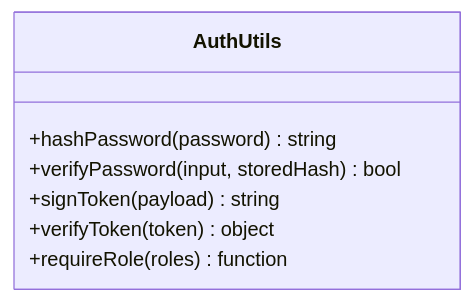
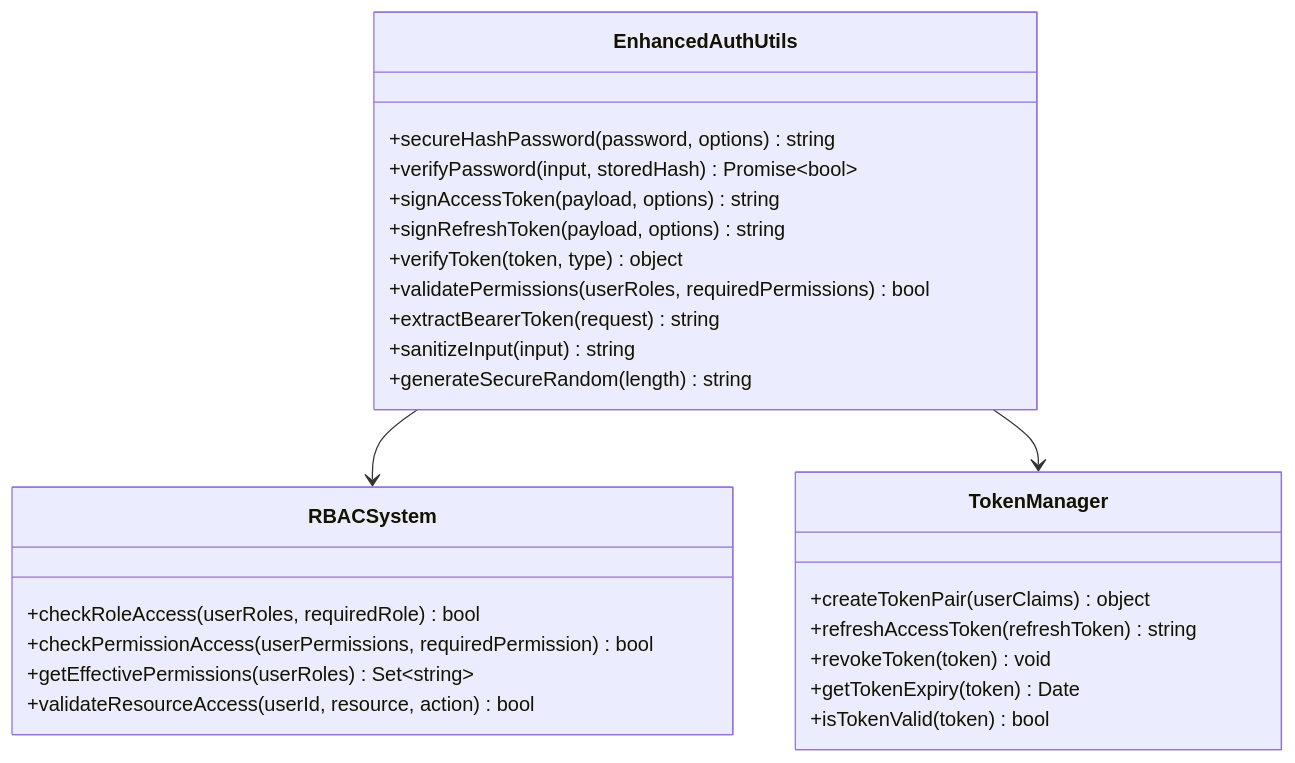
One commit to HassanAmeer/cheaprouter changed the third of 9 diagrams in .qoder/repowiki/en/content/Backend Architecture/Authentication & Authorization.md. Above: the diagram before and after it, drawn with Mermaid. The commit also changed other lines of this file and 54 other files, not shown here.

````diff
--- a/.qoder/repowiki/en/content/Backend Architecture/Authentication & Authorization.md
+++ b/.qoder/repowiki/en/content/Backend Architecture/Authentication & Authorization.md
@@ -160,10 +267,29 @@
 ```mermaid
 classDiagram
-class AuthUtils {
-+hashPassword(password) string
-+verifyPassword(input, storedHash) bool
-+signToken(payload) string
-+verifyToken(token) object
-+requireRole(roles) function
+class EnhancedAuthUtils {
++secureHashPassword(password, options) string
++verifyPassword(input, storedHash) Promise~bool~
++signAccessToken(payload, options) string
++signRefreshToken(payload, options) string
++verifyToken(token, type) object
++validatePermissions(userRoles, requiredPermissions) bool
++extractBearerToken(request) string
++sanitizeInput(input) string
++generateSecureRandom(length) string
 }
+class RBACSystem {
++checkRoleAccess(userRoles, requiredRole) bool
++checkPermissionAccess(userPermissions, requiredPermission) bool
++getEffectivePermissions(userRoles) Set~string~
++validateResourceAccess(userId, resource, action) bool
+}
+class TokenManager {
++createTokenPair(userClaims) object
++refreshAccessToken(refreshToken) string
++revokeToken(token) void
++getTokenExpiry(token) Date
++isTokenValid(token) bool
+}
+EnhancedAuthUtils --> RBACSystem
+EnhancedAuthUtils --> TokenManager
 ```
````
